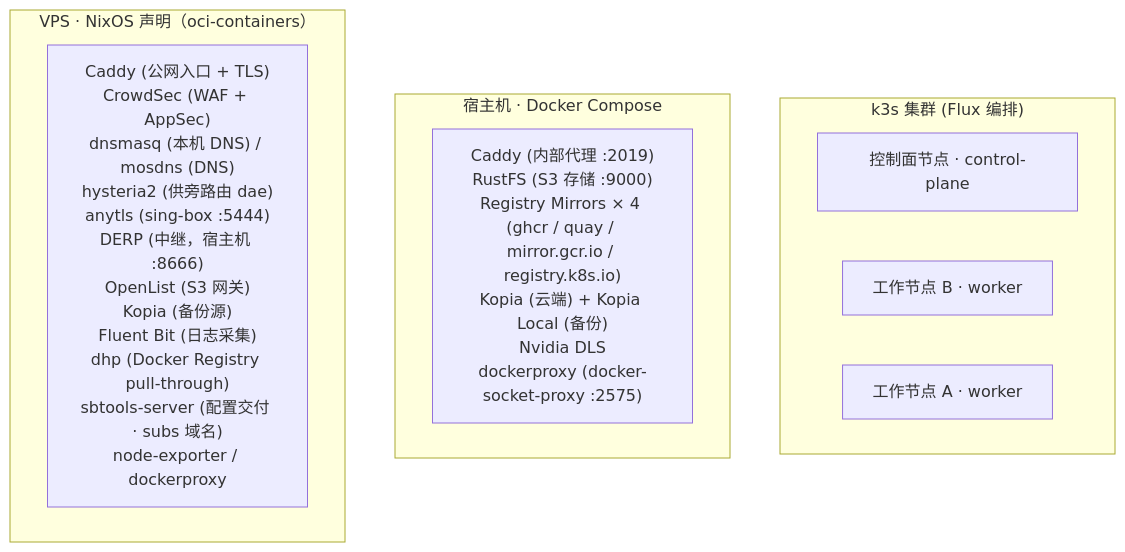
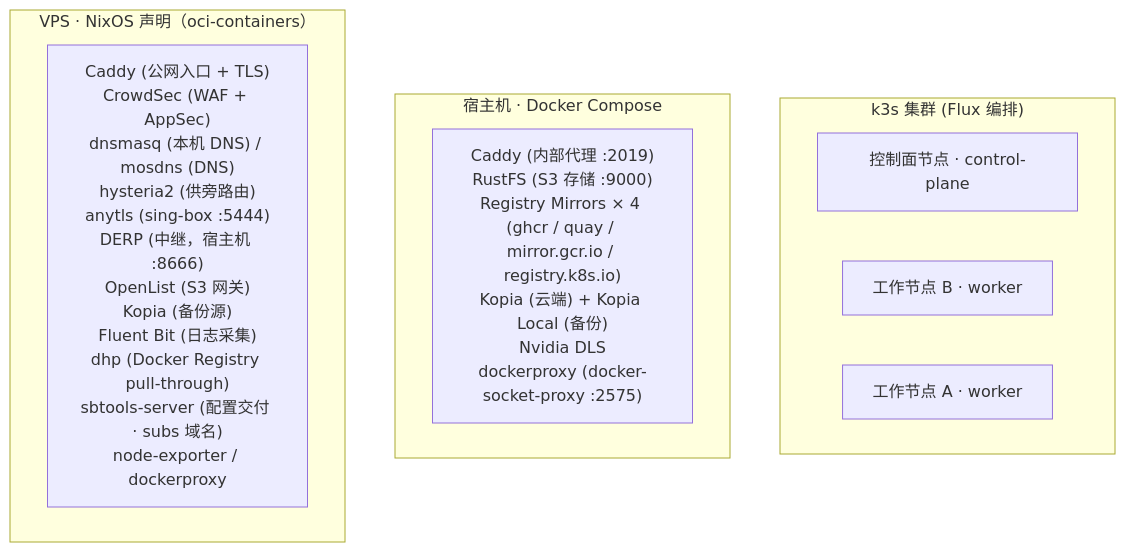
The third of 8 diagrams in docs/ARCHITECTURE.md (shelken/home-ops), drawn with Mermaid before and after one commit. The commit also changed other lines of this file and 24 other files, not shown here.

````diff
--- a/docs/ARCHITECTURE.md
+++ b/docs/ARCHITECTURE.md
@@ -130,32 +130,32 @@
 ```mermaid
 graph TB
     subgraph K3S["k3s 集群 (Flux 编排)"]
         NODE_SAKA["控制面节点 · control-plane"]
         NODE_H1["工作节点 B · worker"]
         NODE_YUUKO["工作节点 A · worker"]
     end
 
     subgraph COMPOSE_SAKA["宿主机 · Docker Compose"]
         CD_SAKA["Caddy (内部代理 :2019)
 RustFS (S3 存储 :9000)
 Registry Mirrors × 4 (ghcr / quay / mirror.gcr.io / registry.k8s.io)
 Kopia (云端) + Kopia Local (备份)
 Nvidia DLS
 dockerproxy (docker-socket-proxy :2575)"]
     end
 
     subgraph NIXOS_VPS["VPS · NixOS 声明（oci-containers）"]
         CD_VPS["Caddy (公网入口 + TLS)
 CrowdSec (WAF + AppSec)
 dnsmasq (本机 DNS) / mosdns (DNS)
-hysteria2 (供旁路由 dae)
+hysteria2 (供旁路由)
 anytls (sing-box :5444)
 DERP (中继，宿主机 :8666)
 OpenList (S3 网关)
 Kopia (备份源)
 Fluent Bit (日志采集)
 dhp (Docker Registry pull-through)
 sbtools-server (配置交付 · subs 域名)
 node-exporter / dockerproxy"]
     end
 ```
````
